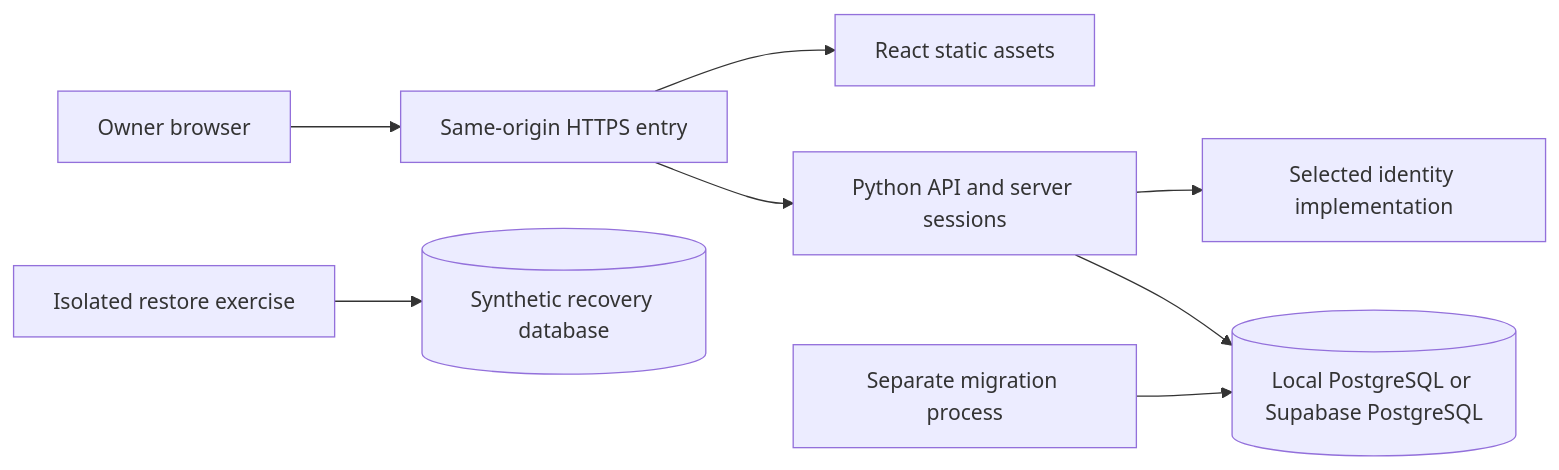
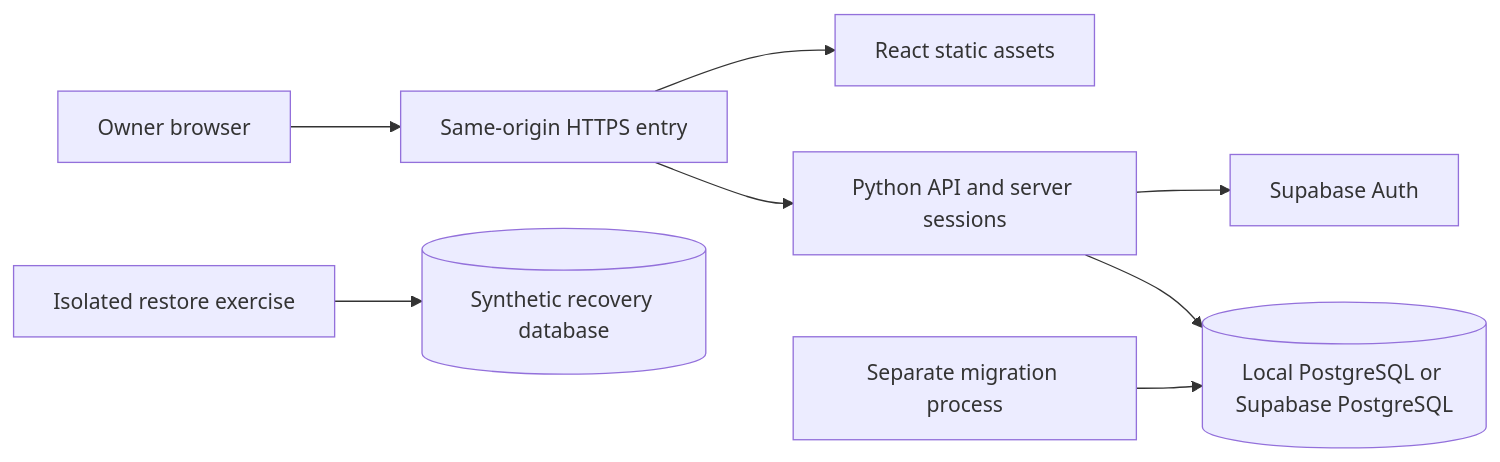
One commit to RithvikRS/trading-app changed the diagram in docs/foundation-plan.md. Above: the diagram before and after it, drawn with Mermaid. The commit also changed other lines of this file and 21 other files, not shown here.

````diff
--- a/docs/foundation-plan.md
+++ b/docs/foundation-plan.md
@@ -33,10 +33,10 @@
 ```mermaid
 flowchart LR
     Browser[Owner browser] --> Entry[Same-origin HTTPS entry]
     Entry --> Static[React static assets]
     Entry --> API[Python API and server sessions]
-    API --> Auth[Selected identity implementation]
+    API --> Auth[Supabase Auth]
     API --> DB[(Local PostgreSQL or Supabase PostgreSQL)]
     Migrate[Separate migration process] --> DB
     Restore[Isolated restore exercise] --> TestDB[(Synthetic recovery database)]
 ```
````
